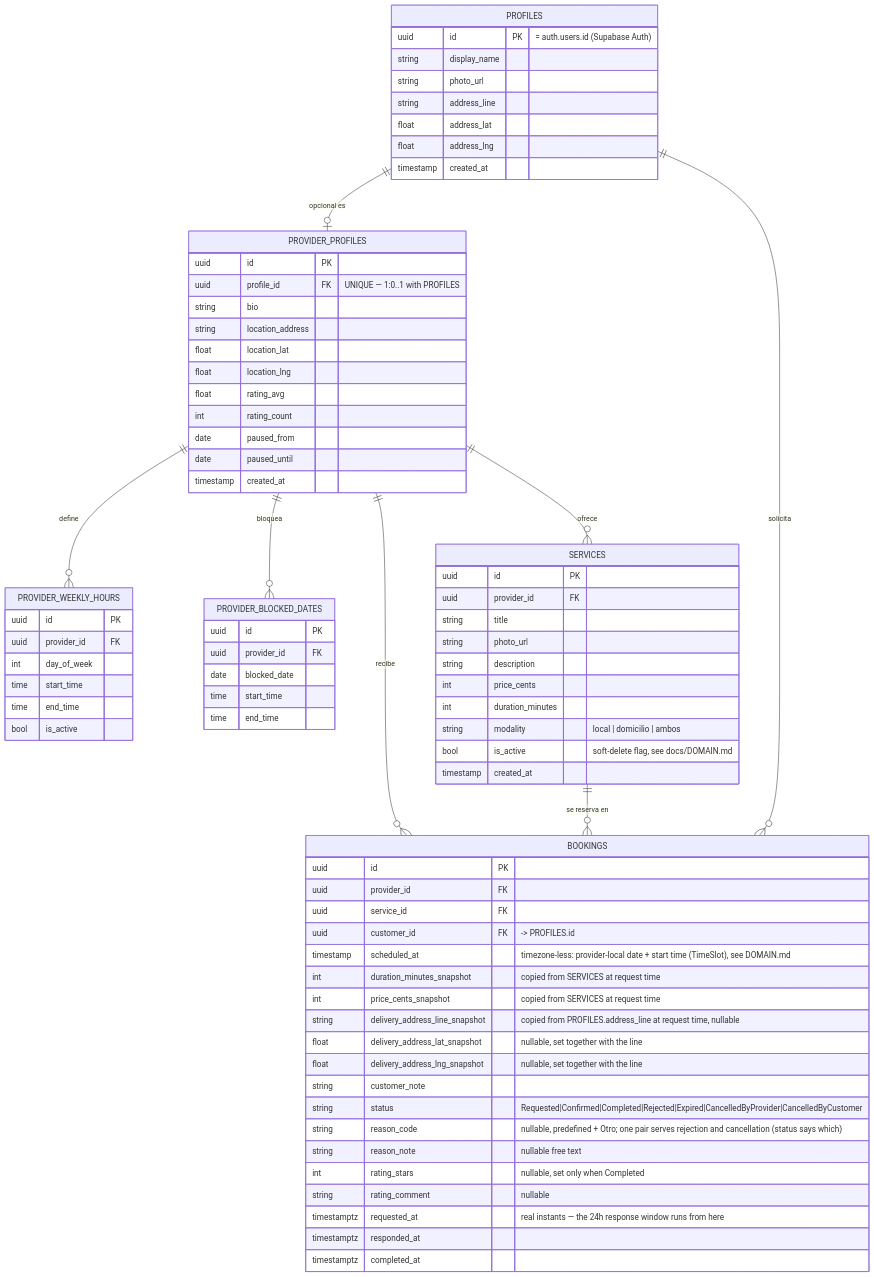
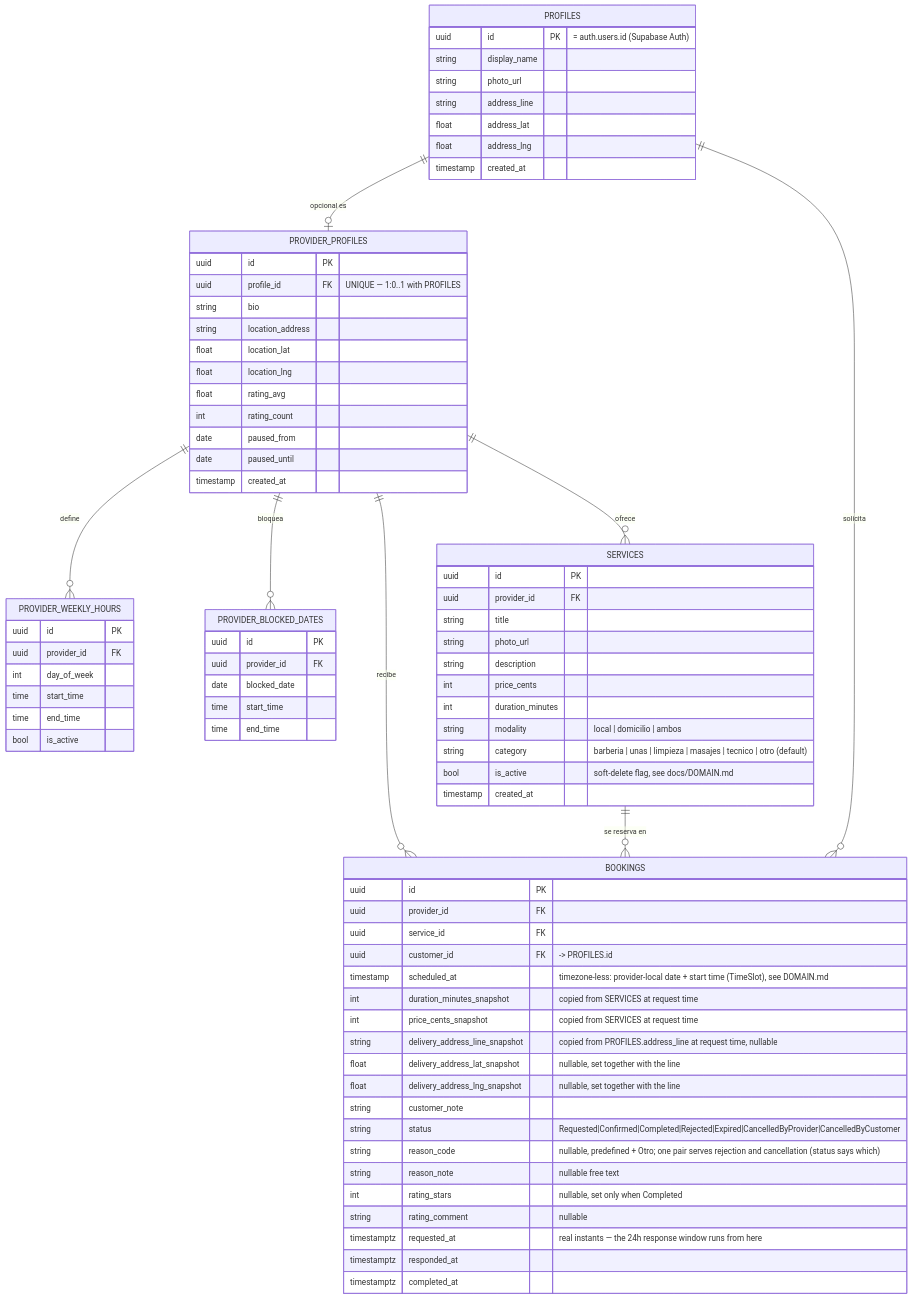
One commit to jkcb-dev/booqi changed the diagram in docs/DATABASE.md. Above: the diagram before and after it, drawn with Mermaid. The commit also changed other lines of this file and 46 other files, not shown here.

````diff
--- a/docs/DATABASE.md
+++ b/docs/DATABASE.md
@@ -21,81 +21,82 @@
 ```mermaid
 erDiagram
   PROFILES ||--o| PROVIDER_PROFILES : "opcional es"
   PROVIDER_PROFILES ||--o{ PROVIDER_WEEKLY_HOURS : define
   PROVIDER_PROFILES ||--o{ PROVIDER_BLOCKED_DATES : bloquea
   PROVIDER_PROFILES ||--o{ SERVICES : ofrece
   PROVIDER_PROFILES ||--o{ BOOKINGS : recibe
   SERVICES ||--o{ BOOKINGS : "se reserva en"
   PROFILES ||--o{ BOOKINGS : solicita
 
   PROFILES {
     uuid id PK "= auth.users.id (Supabase Auth)"
     string display_name
     string photo_url
     string address_line
     float address_lat
     float address_lng
     timestamp created_at
   }
   PROVIDER_PROFILES {
     uuid id PK
     uuid profile_id FK "UNIQUE — 1:0..1 with PROFILES"
     string bio
     string location_address
     float location_lat
     float location_lng
     float rating_avg
     int rating_count
     date paused_from
     date paused_until
     timestamp created_at
   }
   PROVIDER_WEEKLY_HOURS {
     uuid id PK
     uuid provider_id FK
     int day_of_week
     time start_time
     time end_time
     bool is_active
   }
   PROVIDER_BLOCKED_DATES {
     uuid id PK
     uuid provider_id FK
     date blocked_date
     time start_time
     time end_time
   }
   SERVICES {
     uuid id PK
     uuid provider_id FK
     string title
     string photo_url
     string description
     int price_cents
     int duration_minutes
     string modality "local | domicilio | ambos"
+    string category "barberia | unas | limpieza | masajes | tecnico | otro (default)"
     bool is_active "soft-delete flag, see docs/DOMAIN.md"
     timestamp created_at
   }
   BOOKINGS {
     uuid id PK
     uuid provider_id FK
     uuid service_id FK
     uuid customer_id FK "-> PROFILES.id"
     timestamp scheduled_at "timezone-less: provider-local date + start time (TimeSlot), see DOMAIN.md"
     int duration_minutes_snapshot "copied from SERVICES at request time"
     int price_cents_snapshot "copied from SERVICES at request time"
     string delivery_address_line_snapshot "copied from PROFILES.address_line at request time, nullable"
     float delivery_address_lat_snapshot "nullable, set together with the line"
     float delivery_address_lng_snapshot "nullable, set together with the line"
     string customer_note
     string status "Requested|Confirmed|Completed|Rejected|Expired|CancelledByProvider|CancelledByCustomer"
     string reason_code "nullable, predefined + Otro; one pair serves rejection and cancellation (status says which)"
     string reason_note "nullable free text"
     int rating_stars "nullable, set only when Completed"
     string rating_comment "nullable"
     timestamptz requested_at "real instants — the 24h response window runs from here"
     timestamptz responded_at
     timestamptz completed_at
   }
 ```
````
